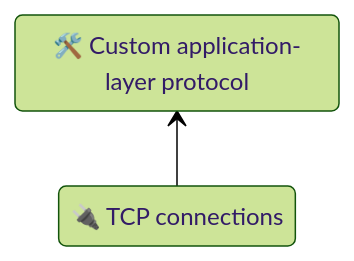
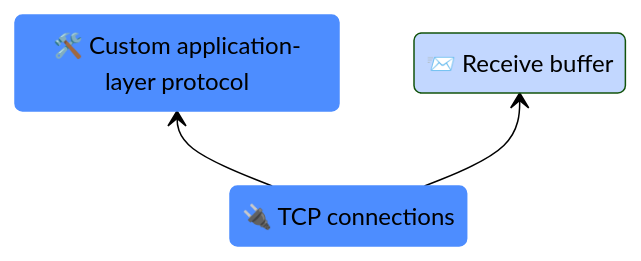
Before and after one commit to L0bstr/clawnet: the diagram in README.md, drawn with Mermaid (forest theme). The commit also changed other lines of this file and 1 other file, not shown here.

Commit message:
new (sub)concept: receive buffer

````diff
--- a/README.md
+++ b/README.md
@@ -18,8 +18,18 @@
 ```mermaid
 stateDiagram-v2
     direction BT
 
     state "🔌 TCP connections" as tcp
     state "🛠️ Custom application-layer protocol" as custom_app_prot
+    state "📨 Receive buffer" as recv_buffer
+
     tcp --> custom_app_prot
+    tcp --> recv_buffer
+
+    classDef highlight fill:#4D8DFF, stroke:#4D8DFF, color:#000
+    classDef normal fill:#A9C7FFB3, stroke:#, color:#000
+
+    class tcp highlight
+    class custom_app_prot highlight
+    class recv_buffer normal
 ```
````
